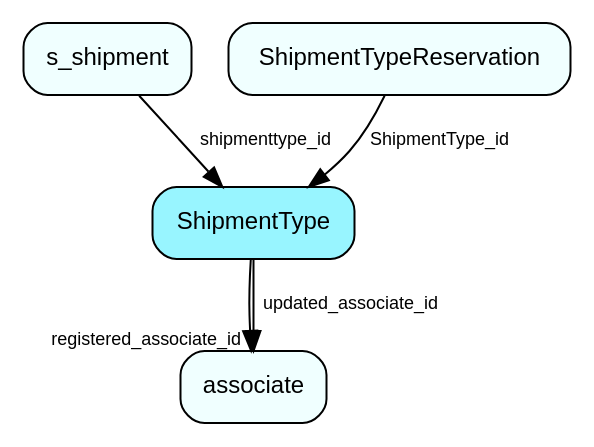
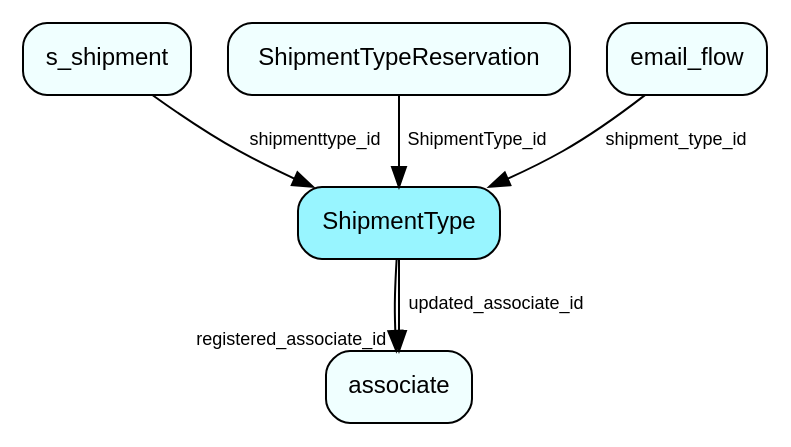
The diagram in docs/en/database/tables/media/ShipmentType.dot (SuperOfficeDocs/superoffice-docs), drawn with Graphviz before and after one commit. The commit also changed 680 other files, not shown here.

```diff
--- a/docs/en/database/tables/media/ShipmentType.dot
+++ b/docs/en/database/tables/media/ShipmentType.dot
@@ -1,13 +1,15 @@
 digraph ShipmentType  {
 node [shape = box style="rounded, filled" fontname = "Helvetica" fontsize = "12" ]
 edge [fontname = "Helvetica" fontsize = "9"]
 
 ShipmentType[fillcolor = "cadetblue1"]
 associate[fillcolor = "azure1"]
 s_shipment[fillcolor = "azure1"]
 ShipmentTypeReservation[fillcolor = "azure1"]
+email_flow[fillcolor = "azure1"]
 ShipmentType -> associate [headlabel = "registered_associate_id"]
 ShipmentType -> associate [label = "updated_associate_id"]
 s_shipment -> ShipmentType [label = "shipmenttype_id"]
 ShipmentTypeReservation -> ShipmentType [label = "ShipmentType_id"]
+email_flow -> ShipmentType [label = "shipment_type_id"]
 }
```
